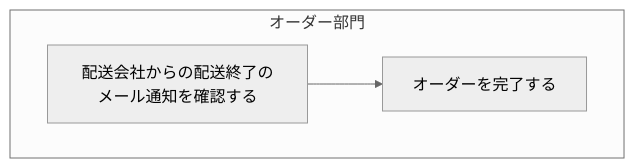
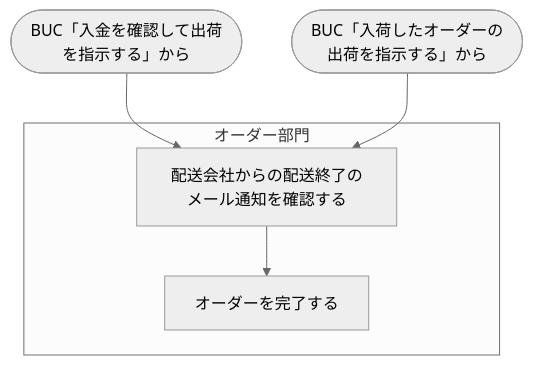
One commit to Nke0628/rdra-webapp changed diagram 17 of 37 in docs/rdra/diagrams.md. Above: the diagram before and after it, drawn with Mermaid (neutral theme). The commit also changed other lines of this file and 10 other files, not shown here.

First line of the commit message:
rdra: BUCの表に先・次の列を足し、業務フロー図を描く(追加質問 1件)

````diff
--- a/docs/rdra/diagrams.md
+++ b/docs/rdra/diagrams.md
@@ -290,9 +476,11 @@
 ```mermaid
 flowchart TB
   subgraph l1["オーダー部門"]
     act2["配送会社からの配送終了のメール通知を確認する"]
     act3["オーダーを完了する"]
   end
+  from4(["BUC「入金を確認して出荷を指示する」から"]) --> act2
+  from5(["BUC「入荷したオーダーの出荷を指示する」から"]) --> act2
   act2 --> act3
   classDef hyp stroke-dasharray:5 5,stroke:#d97706,color:#92400e
 ```
````
